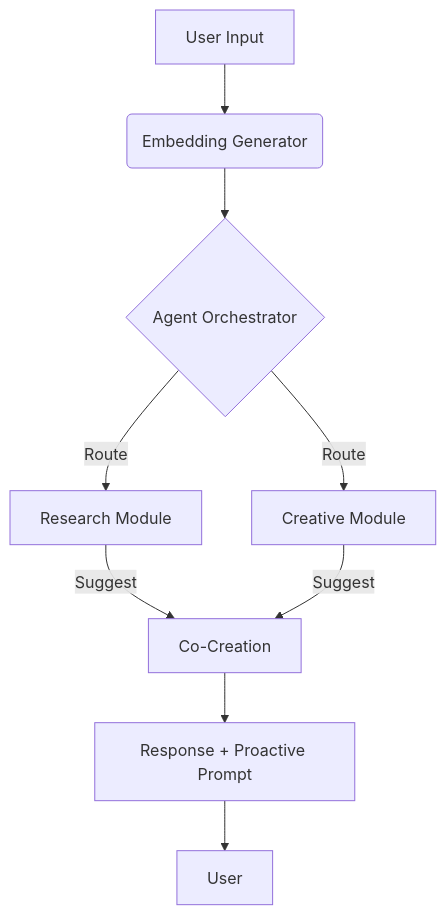
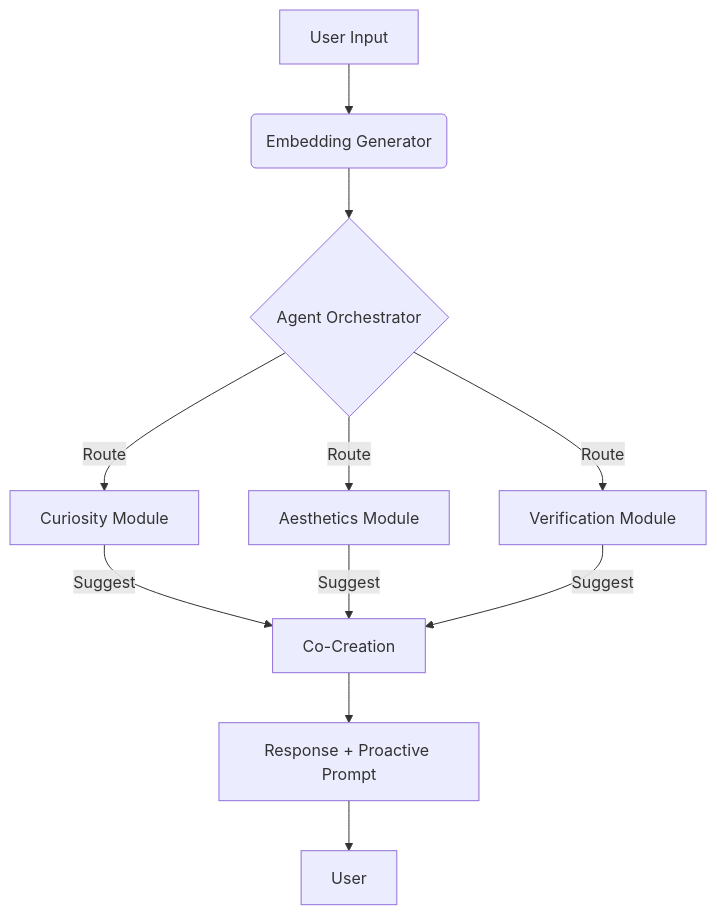
The diagram in docs/architecture/0003-modular-agents.md (isdood/STARWEAVE-MVP), drawn with Mermaid before and after one commit. The commit also changed other lines of this file and 9 other files, not shown here.

````diff
--- a/docs/architecture/0003-modular-agents.md
+++ b/docs/architecture/0003-modular-agents.md
@@ -113,11 +113,13 @@
 ```mermaid
 graph TD
     A[User Input] --> B(Embedding Generator)
     B --> C{Agent Orchestrator}
-    C -->|Route| D[Research Module]
-    C -->|Route| E[Creative Module]
-    D -->|Suggest| F[Co-Creation]
-    E -->|Suggest| F
-    F --> G[Response + Proactive Prompt]
-    G --> H[User]
+    C -->|Route| D[Curiosity Module]
+    C -->|Route| E[Aesthetics Module]
+    C -->|Route| F[Verification Module]
+    D -->|Suggest| G[Co-Creation]
+    E -->|Suggest| G
+    F -->|Suggest| G
+    G --> H[Response + Proactive Prompt]
+    H --> I[User]
 ```
````
